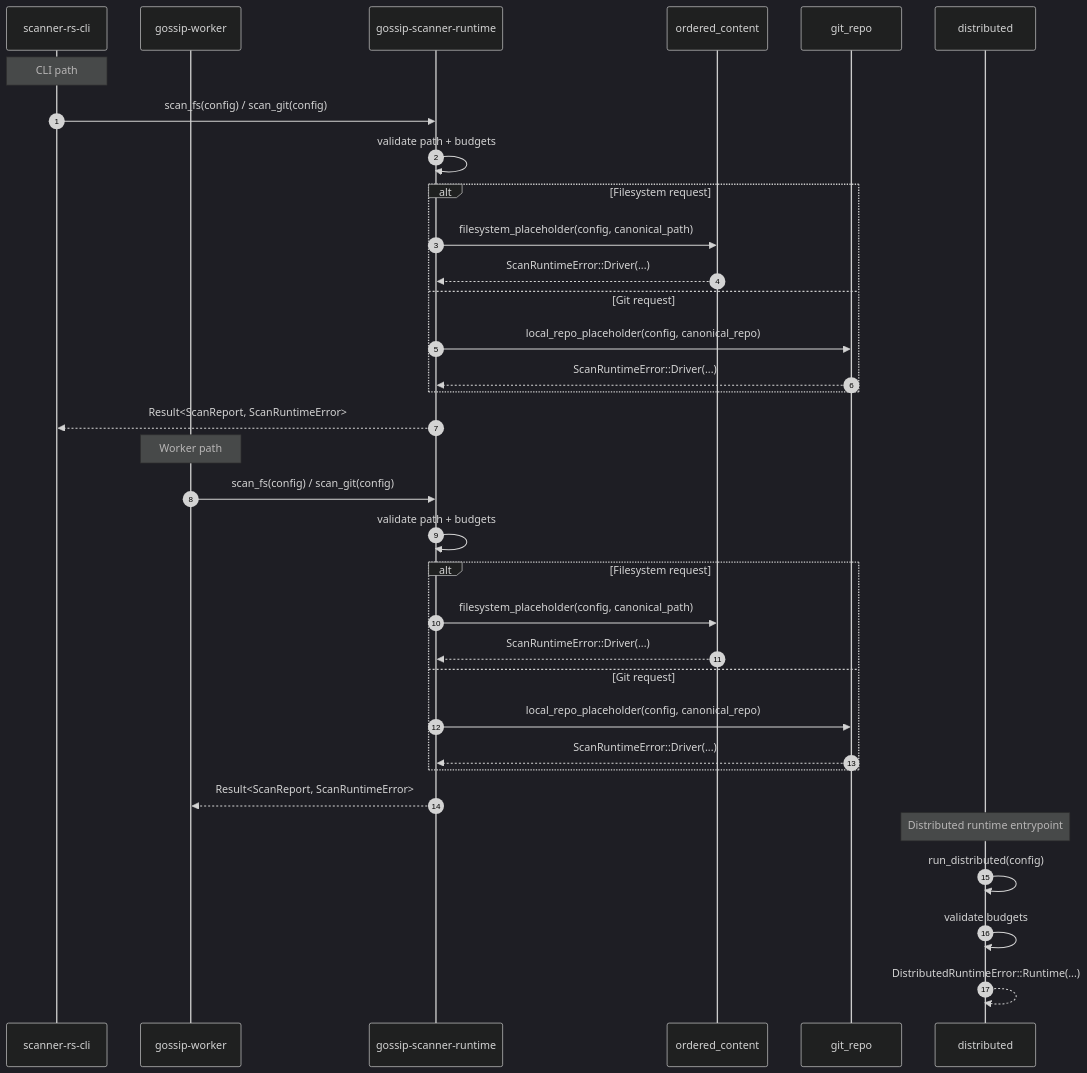
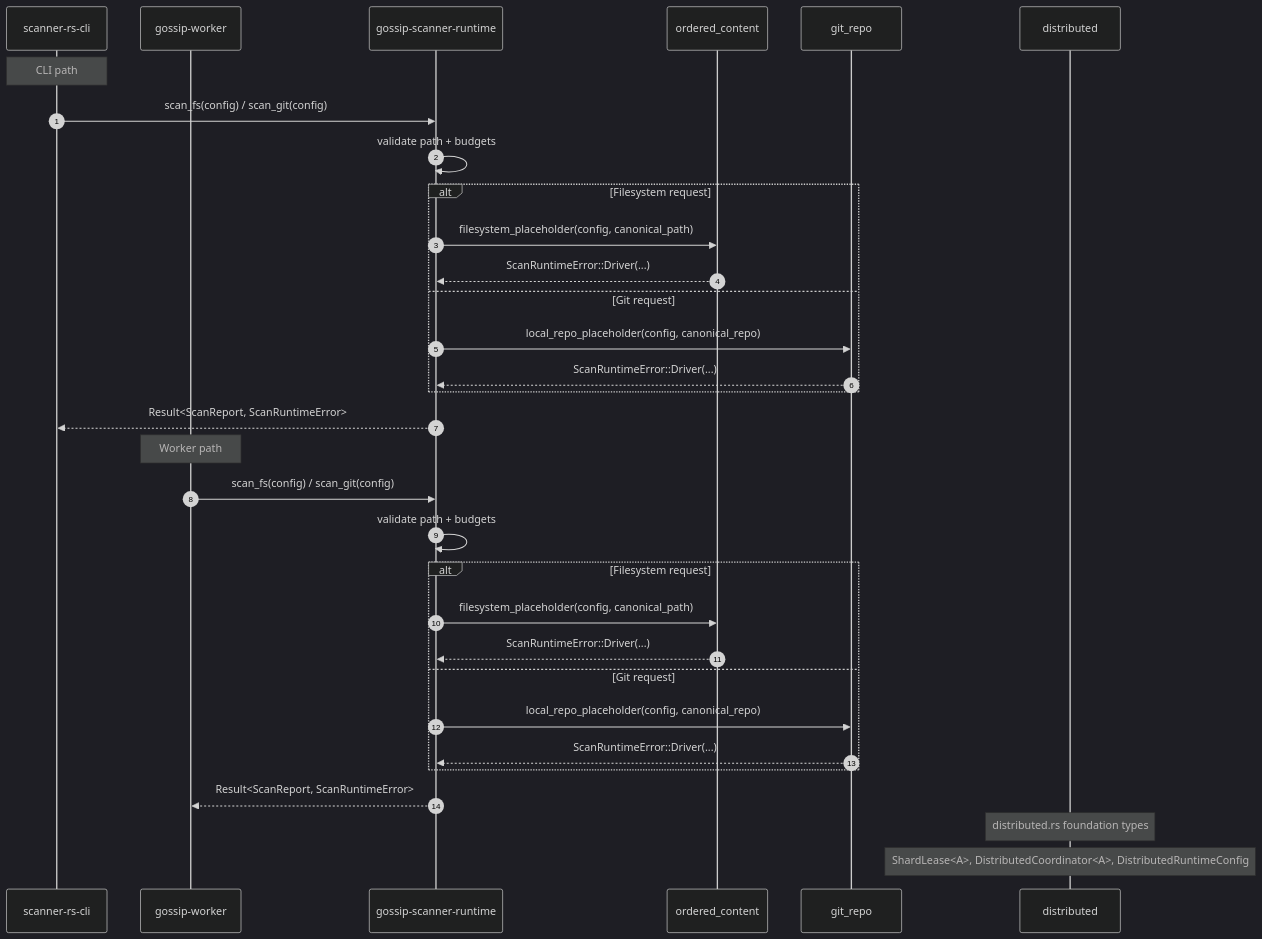
Before and after one commit to ahrav/Gossip-rs: the first of 4 diagrams in diagrams/04-end-to-end-scan-flow.md, drawn with Mermaid (dark theme). The commit also changed other lines of this file and 5 other files, not shown here.

First line of the commit message:
Refactor distributed runtime module into foundation types

````diff
--- a/diagrams/04-end-to-end-scan-flow.md
+++ b/diagrams/04-end-to-end-scan-flow.md
@@ -17,41 +17,39 @@
 ```mermaid
 %% Diagram: dual-entry-point-sequence
 sequenceDiagram
     autonumber
 
     participant CLI as scanner-rs-cli
     participant WRK as gossip-worker
     participant RT as gossip-scanner-runtime
     participant OC as ordered_content
     participant GR as git_repo
     participant DRT as distributed
 
     note over CLI: CLI path
     CLI->>RT: scan_fs(config) / scan_git(config)
     RT->>RT: validate path + budgets
     alt Filesystem request
         RT->>OC: filesystem_placeholder(config, canonical_path)
         OC-->>RT: ScanRuntimeError::Driver(...)
     else Git request
         RT->>GR: local_repo_placeholder(config, canonical_repo)
         GR-->>RT: ScanRuntimeError::Driver(...)
     end
     RT-->>CLI: Result<ScanReport, ScanRuntimeError>
 
     note over WRK: Worker path
     WRK->>RT: scan_fs(config) / scan_git(config)
     RT->>RT: validate path + budgets
     alt Filesystem request
         RT->>OC: filesystem_placeholder(config, canonical_path)
         OC-->>RT: ScanRuntimeError::Driver(...)
     else Git request
         RT->>GR: local_repo_placeholder(config, canonical_repo)
         GR-->>RT: ScanRuntimeError::Driver(...)
     end
     RT-->>WRK: Result<ScanReport, ScanRuntimeError>
 
-    note over DRT: Distributed runtime entrypoint
-    DRT->>DRT: run_distributed(config)
-    DRT->>DRT: validate budgets
-    DRT-->>DRT: DistributedRuntimeError::Runtime(...)
+    note over DRT: distributed.rs foundation types
+    note over DRT: ShardLease<A>, DistributedCoordinator<A>, DistributedRuntimeConfig
 ```
````
